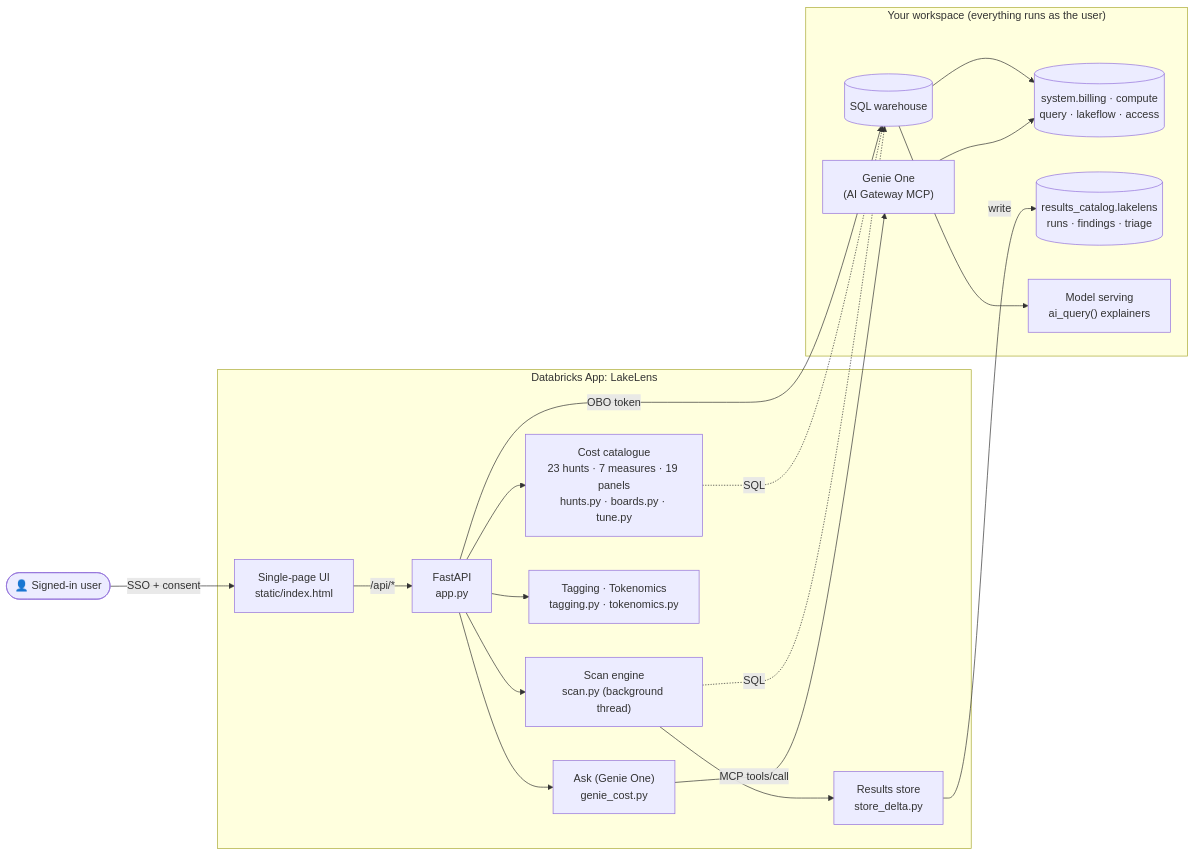
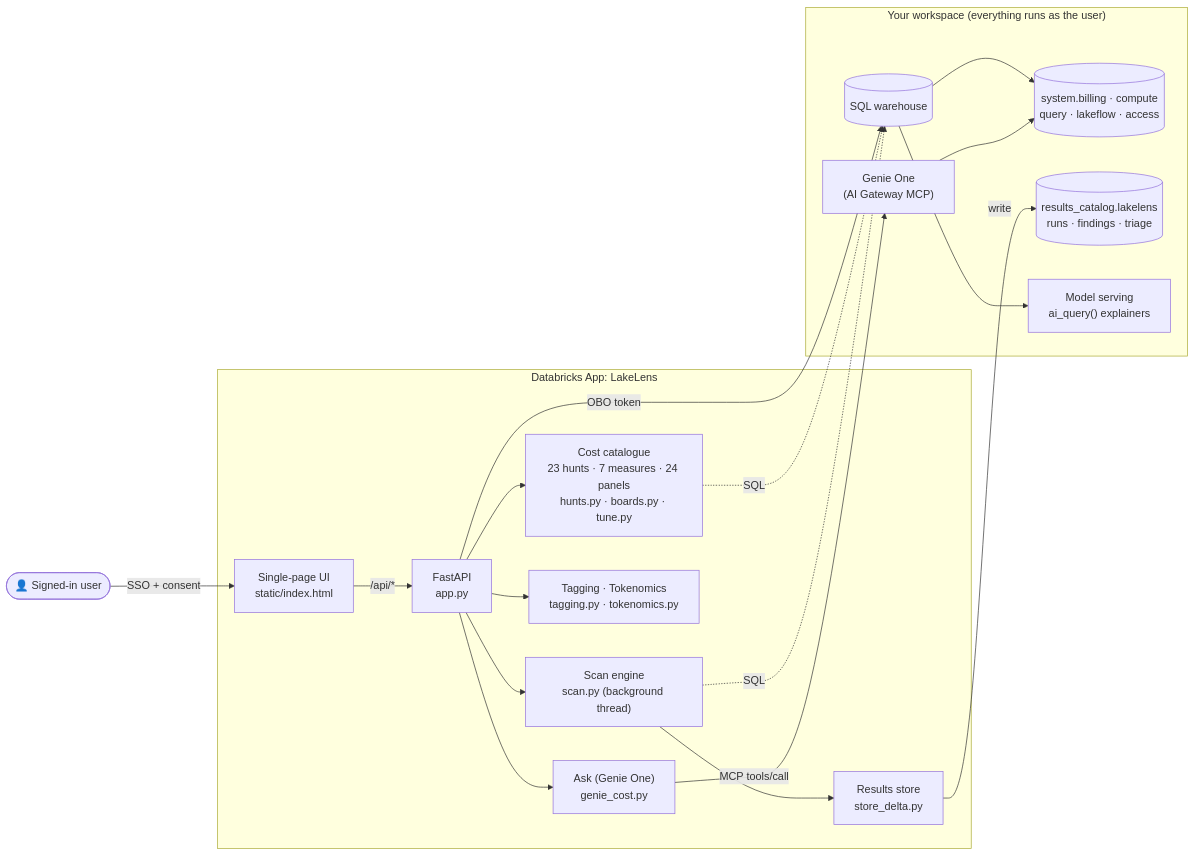
One commit to danny-db/lakelens changed the diagram in README.md. Above: the diagram before and after it, drawn with Mermaid. The commit also changed other lines of this file, not shown here.

````diff
--- a/README.md
+++ b/README.md
@@ -15,30 +15,30 @@
 ```mermaid
 flowchart LR
     U(["👤 Signed-in user"]) -->|SSO + consent| UI
 
     subgraph APP["Databricks App: LakeLens"]
         UI["Single-page UI<br/>static/index.html"] -->|/api/*| API["FastAPI<br/>app.py"]
-        API --> CAT["Cost catalogue<br/>23 hunts · 7 measures · 19 panels<br/>hunts.py · boards.py · tune.py"]
+        API --> CAT["Cost catalogue<br/>23 hunts · 7 measures · 24 panels<br/>hunts.py · boards.py · tune.py"]
         API --> SCAN["Scan engine<br/>scan.py (background thread)"]
         API --> TOOLS["Tagging · Tokenomics<br/>tagging.py · tokenomics.py"]
         API --> ASK["Ask (Genie One)<br/>genie_cost.py"]
         SCAN --> STORE["Results store<br/>store_delta.py"]
     end
 
     subgraph WS["Your workspace (everything runs as the user)"]
         WH[("SQL warehouse")]
         SYS[("system.billing · compute<br/>query · lakeflow · access")]
         DELTA[("results_catalog.lakelens<br/>runs · findings · triage")]
         FM["Model serving<br/>ai_query() explainers"]
         GENIE["Genie One<br/>(AI Gateway MCP)"]
     end
 
     API -->|OBO token| WH
     CAT -. SQL .-> WH
     SCAN -. SQL .-> WH
     WH --> SYS
     WH --> FM
     STORE -->|write| DELTA
     ASK -->|MCP tools/call| GENIE
     GENIE --> SYS
 ```
````
